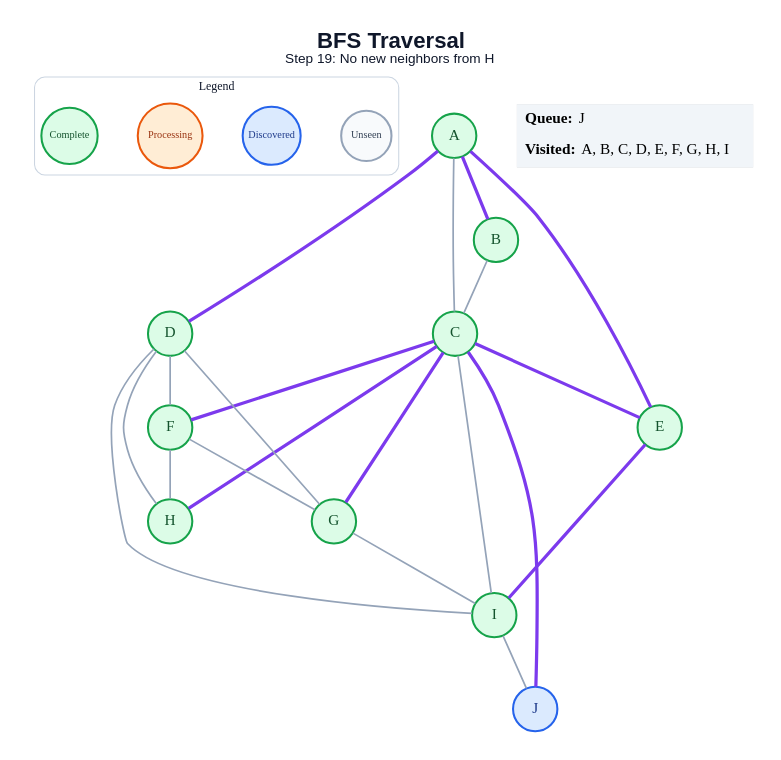
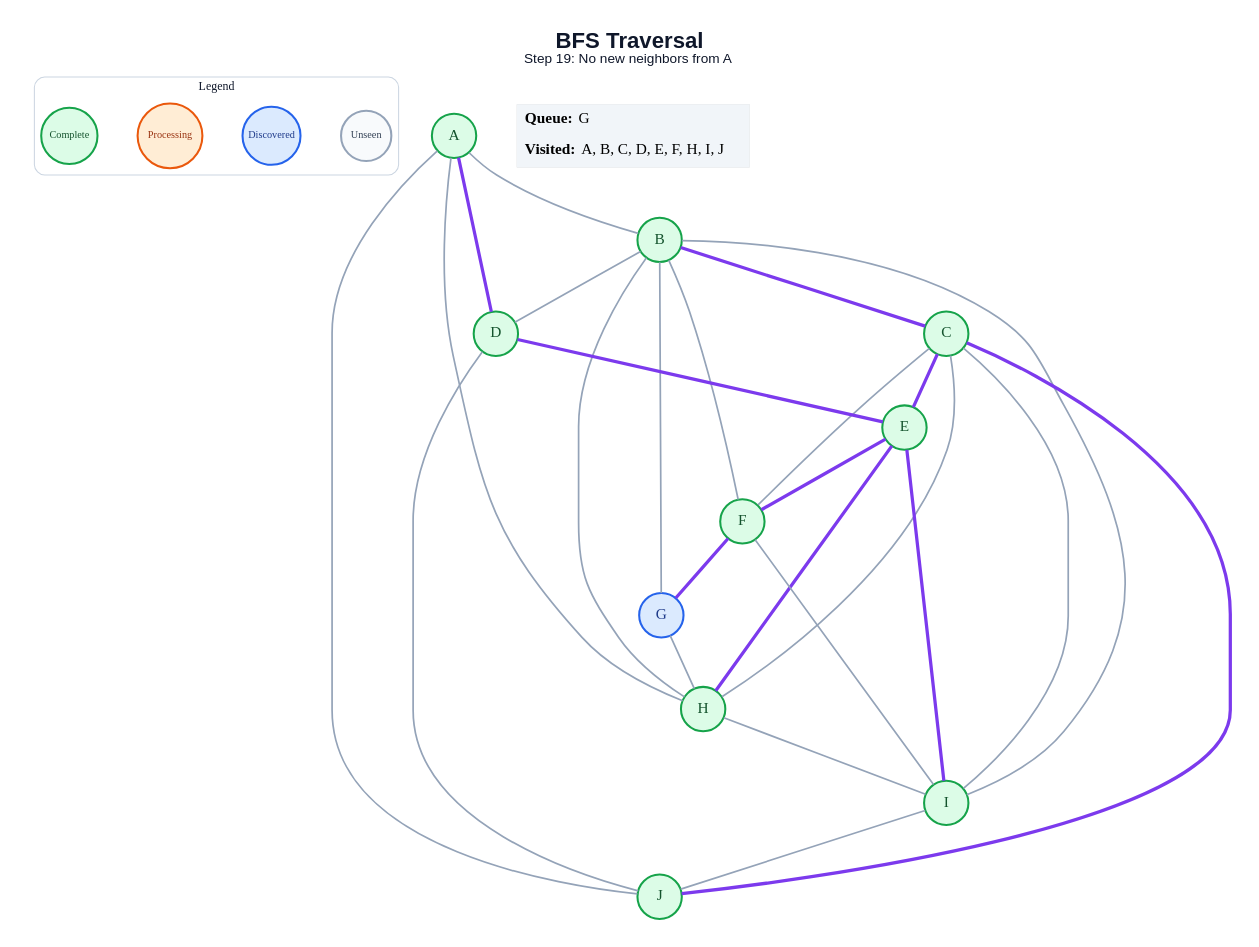
Before and after one commit to amanghodawala9/ai-slop: the diagram in generated/specific-node/bfs/step_19.dot, drawn with Graphviz. The commit also changed 178 other files, not shown here.

```diff
--- a/generated/specific-node/bfs/step_19.dot
+++ b/generated/specific-node/bfs/step_19.dot
@@ -1,49 +1,54 @@
 graph traversal {
   graph [layout=dot, rankdir=TB, bgcolor="#FFFFFF", pad="0.35", nodesep="0.65", ranksep="0.8", fontname="Arial"];
   node [shape=circle, style="filled", fontname="Arial Bold", fontsize=18, width=0.72, fixedsize=true, penwidth=2.4];
   edge [color="#94A3B8", penwidth=2.0];
-  label=<<B>BFS Traversal</B><BR/><FONT POINT-SIZE="16">Step 19: No new neighbors from H</FONT>>; labelloc="t"; fontsize=26; fontname="Arial"; fontcolor="#0F172A";
+  label=<<B>BFS Traversal</B><BR/><FONT POINT-SIZE="16">Step 19: No new neighbors from A</FONT>>; labelloc="t"; fontsize=26; fontname="Arial"; fontcolor="#0F172A";
   subgraph cluster_legend { label="Legend"; color="#CBD5E1"; penwidth=1.2; style="rounded"; fontsize=14; fontname="Arial Bold";
     key_unseen [label="Unseen", fillcolor="#F8FAFC", color="#94A3B8", fontcolor="#334155", fontsize=12, width=0.82];
     key_frontier [label="Discovered", fillcolor="#DBEAFE", color="#2563EB", fontcolor="#1E3A8A", fontsize=12, width=0.95];
     key_current [label="Processing", fillcolor="#FFEDD5", color="#EA580C", fontcolor="#9A3412", fontsize=12, width=1.05];
     key_done [label="Complete", fillcolor="#DCFCE7", color="#16A34A", fontcolor="#14532D", fontsize=12, width=0.92];
     { rank=same; key_unseen; key_frontier; key_current; key_done; }
   }
   A [fillcolor="#DCFCE7", color="#16A34A", fontcolor="#14532D"];
   B [fillcolor="#DCFCE7", color="#16A34A", fontcolor="#14532D"];
   C [fillcolor="#DCFCE7", color="#16A34A", fontcolor="#14532D"];
   D [fillcolor="#DCFCE7", color="#16A34A", fontcolor="#14532D"];
   E [fillcolor="#DCFCE7", color="#16A34A", fontcolor="#14532D"];
   F [fillcolor="#DCFCE7", color="#16A34A", fontcolor="#14532D"];
-  G [fillcolor="#DCFCE7", color="#16A34A", fontcolor="#14532D"];
+  G [fillcolor="#DBEAFE", color="#2563EB", fontcolor="#1E3A8A"];
   H [fillcolor="#DCFCE7", color="#16A34A", fontcolor="#14532D"];
   I [fillcolor="#DCFCE7", color="#16A34A", fontcolor="#14532D"];
-  J [fillcolor="#DBEAFE", color="#2563EB", fontcolor="#1E3A8A"];
-  A -- B [color="#7C3AED", penwidth=3.8];
-  A -- C;
+  J [fillcolor="#DCFCE7", color="#16A34A", fontcolor="#14532D"];
+  A -- B;
   A -- D [color="#7C3AED", penwidth=3.8];
-  A -- E [color="#7C3AED", penwidth=3.8];
-  B -- C;
+  A -- H;
+  A -- J;
+  B -- C [color="#7C3AED", penwidth=3.8];
+  B -- D;
+  B -- F;
+  B -- G;
+  B -- H;
+  B -- I;
   C -- E [color="#7C3AED", penwidth=3.8];
-  C -- F [color="#7C3AED", penwidth=3.8];
-  C -- G [color="#7C3AED", penwidth=3.8];
-  C -- H [color="#7C3AED", penwidth=3.8];
+  C -- F;
+  C -- H;
   C -- I;
   C -- J [color="#7C3AED", penwidth=3.8];
-  D -- F;
-  D -- G;
-  D -- H;
-  D -- I;
+  D -- E [color="#7C3AED", penwidth=3.8];
+  D -- J;
+  E -- F [color="#7C3AED", penwidth=3.8];
+  E -- H [color="#7C3AED", penwidth=3.8];
   E -- I [color="#7C3AED", penwidth=3.8];
-  F -- G;
-  F -- H;
-  G -- I;
+  F -- G [color="#7C3AED", penwidth=3.8];
+  F -- I;
+  G -- H;
+  H -- I;
   I -- J;
   status [shape=plain, fixedsize=false, width=0, height=0, margin=0, label=<
     <TABLE BORDER="0" CELLBORDER="0" CELLPADDING="7" BGCOLOR="#F1F5F9">
-      <TR><TD ALIGN="LEFT"><B>Queue:</B> J</TD></TR>
-      <TR><TD ALIGN="LEFT"><B>Visited:</B> A, B, C, D, E, F, G, H, I</TD></TR>
+      <TR><TD ALIGN="LEFT"><B>Queue:</B> G</TD></TR>
+      <TR><TD ALIGN="LEFT"><B>Visited:</B> A, B, C, D, E, F, H, I, J</TD></TR>
     </TABLE>
   >];
 }
```
